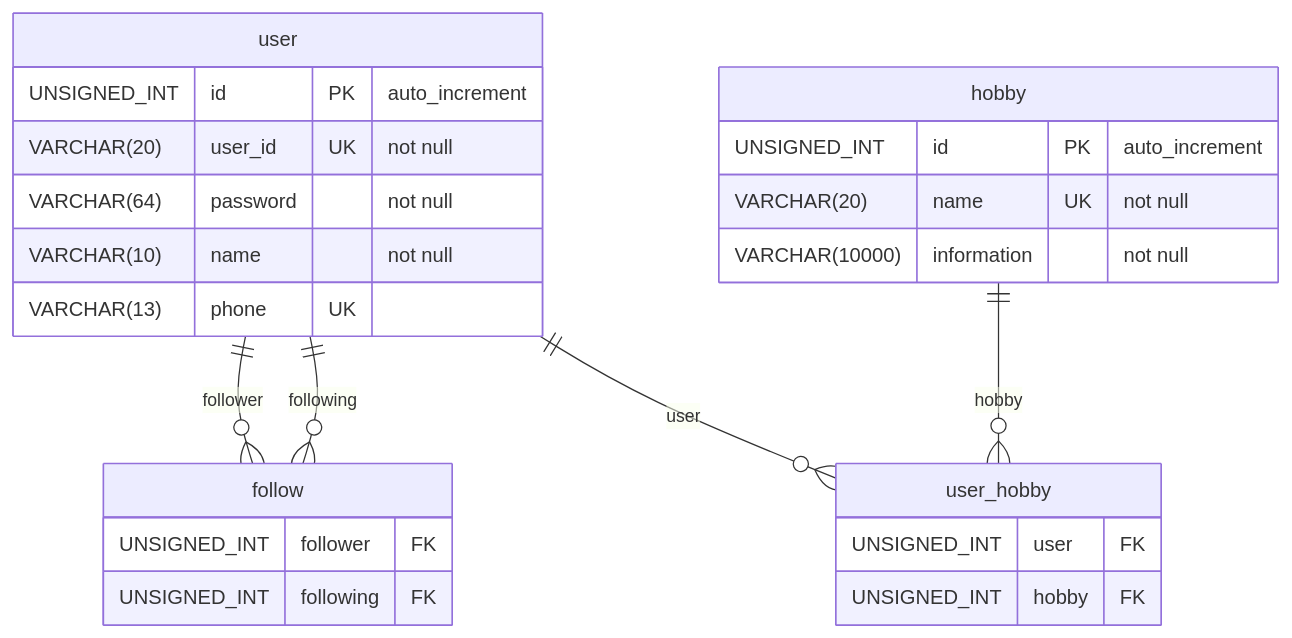
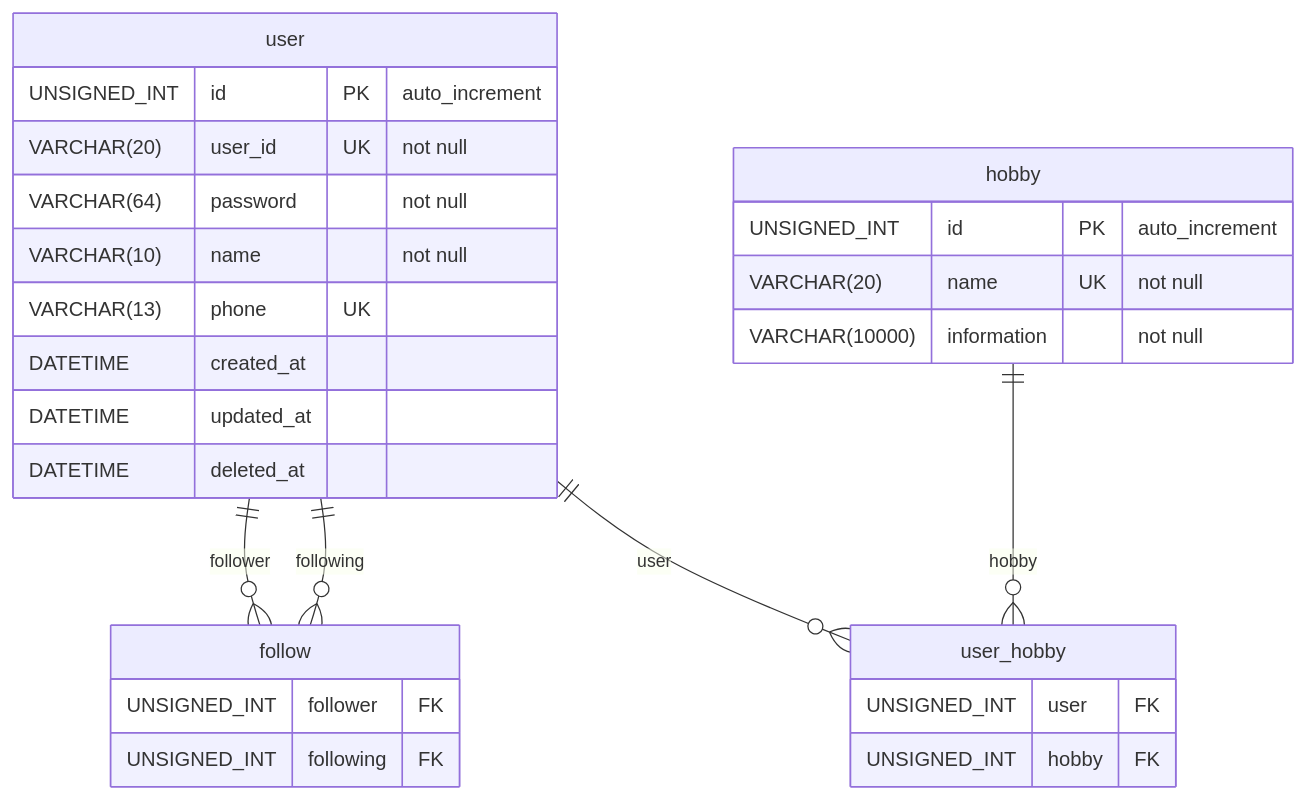
The fourth of 4 diagrams in 11.DB_basic/240415.md (KyungHoonJ/AWS-1), drawn with Mermaid before and after one commit. The commit also changed other lines of this file and 1 other file, not shown here.

````diff
--- a/11.DB_basic/240415.md
+++ b/11.DB_basic/240415.md
@@ -123,31 +129,34 @@
 ```mermaid
 erDiagram
 user {
     UNSIGNED_INT id PK "auto_increment"
     VARCHAR(20) user_id UK "not null"
     VARCHAR(64) password "not null"
     VARCHAR(10) name "not null"
     VARCHAR(13) phone UK
+    DATETIME created_at
+    DATETIME updated_at
+    DATETIME deleted_at
 }
 
 follow{
     UNSIGNED_INT follower FK
     UNSIGNED_INT following FK
 }
 user ||--o{ follow : follower
 user ||--o{ follow : following
 
 
 hobby {
     UNSIGNED_INT id PK "auto_increment"
     VARCHAR(20) name UK "not null"
     VARCHAR(10000) information "not null"
 }
 
 user_hobby {
     UNSIGNED_INT user FK
     UNSIGNED_INT hobby FK
 }
 user ||--o{ user_hobby : user
 hobby ||--o{ user_hobby : hobby
 ```
````
